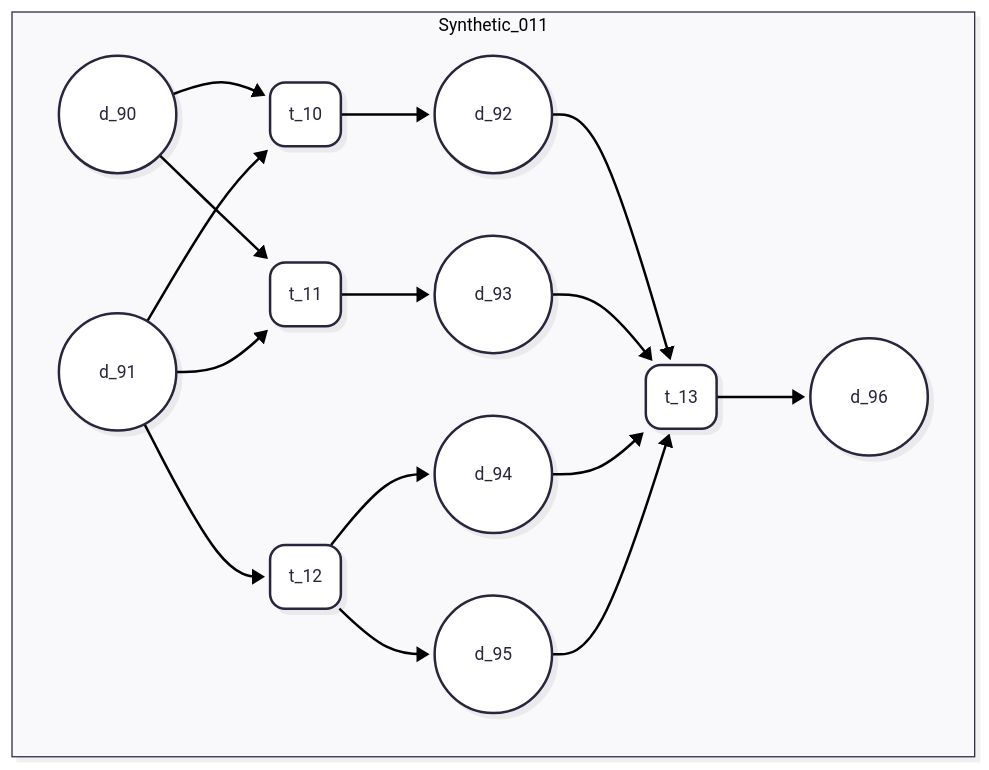
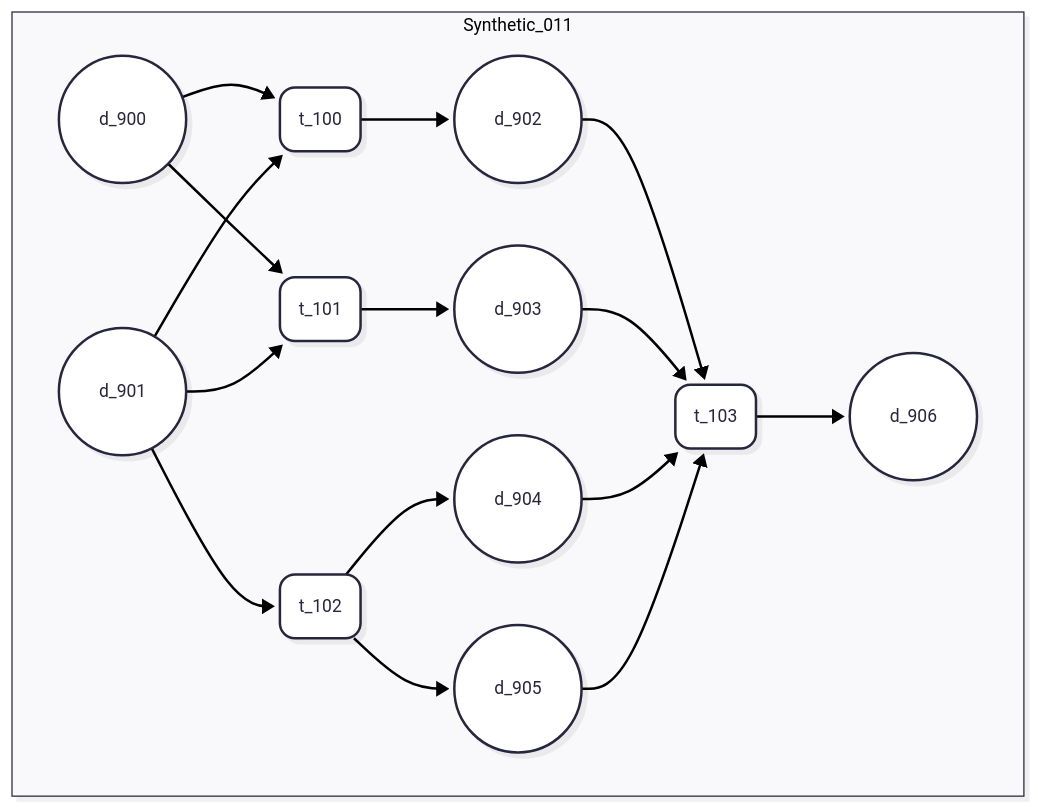
One commit to UFFeScience/denethor changed the diagram in resources/data/instance_files/synthetic/synthetic_user_defined/mermaid/Synthetic_011.mermaid. Above: the diagram before and after it, drawn with Mermaid. The commit also changed 36 other files, not shown here.

```diff
--- a/resources/data/instance_files/synthetic/synthetic_user_defined/mermaid/Synthetic_011.mermaid
+++ b/resources/data/instance_files/synthetic/synthetic_user_defined/mermaid/Synthetic_011.mermaid
@@ -1,31 +1,33 @@
 ---
 config:
   layout: dagre
   theme: redux
   look: neo
+notes: |
+  PATTERN: Map, Split, Merge
 ---
 flowchart LR
  subgraph Synthetic_11["Synthetic_011"]
     direction LR
-        S11_d0(("d_90"))
-        S11_d1(("d_91"))
-        S11_d2(("d_92"))
-        S11_d3(("d_93"))
-        S11_d4(("d_94"))
-        S11_d5(("d_95"))
-        S11_d6(("d_96"))
-        S11_t0("t_10")
-        S11_t1("t_11")
-        S11_t2("t_12")
-        S11_t3("t_13")
+        S11_d0(("d_900"))
+        S11_d1(("d_901"))
+        S11_d2(("d_902"))
+        S11_d3(("d_903"))
+        S11_d4(("d_904"))
+        S11_d5(("d_905"))
+        S11_d6(("d_906"))
+        S11_t0("t_100")
+        S11_t1("t_101")
+        S11_t2("t_102")
+        S11_t3("t_103")
   end
     S11_d0 --> S11_t0 & S11_t1
     S11_d1 --> S11_t0 & S11_t1 & S11_t2
     S11_d2 --> S11_t3
     S11_d3 --> S11_t3
     S11_d4 --> S11_t3
     S11_d5 --> S11_t3
     S11_t0 --> S11_d2
     S11_t1 --> S11_d3
     S11_t2 --> S11_d4 & S11_d5
     S11_t3 --> S11_d6
```
